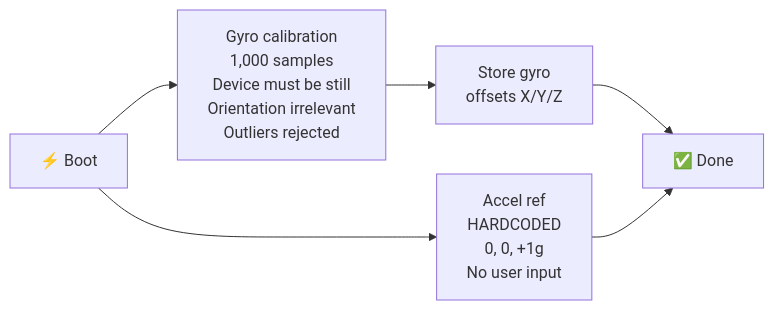
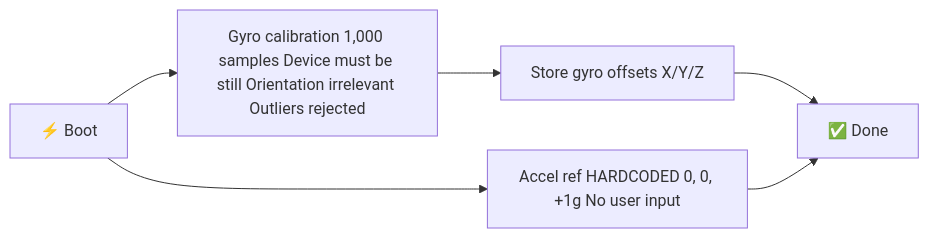
Before and after one commit to jden-art/Varuna: the fifth of 10 diagrams in README.md, drawn with Mermaid. The commit also changed other lines of this file, not shown here.

````diff
--- a/README.md
+++ b/README.md
@@ -261,8 +262,8 @@
 ```mermaid
 flowchart LR
-    A["⚡ Boot"] --> B["Gyro calibration\n1,000 samples\nDevice must be still\nOrientation irrelevant\nOutliers rejected"]
-    B --> D["Store gyro\noffsets X/Y/Z"]
-    A --> E["Accel ref\nHARDCODED\n0, 0, +1g\nNo user input"]
+    A["⚡ Boot"] --> B["Gyro calibration 1,000 samples Device must be still Orientation irrelevant Outliers rejected"]
+    B --> D["Store gyro offsets X/Y/Z"]
+    A --> E["Accel ref HARDCODED 0, 0, +1g No user input"]
     D --> F["✅ Done"]
     E --> F
 ```
````
